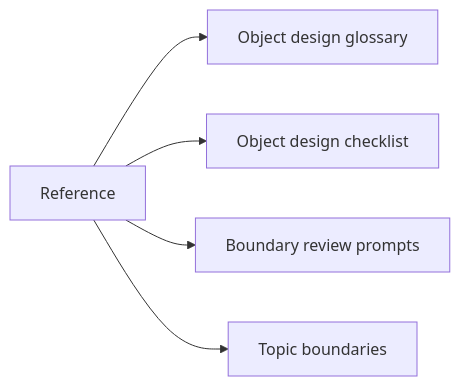
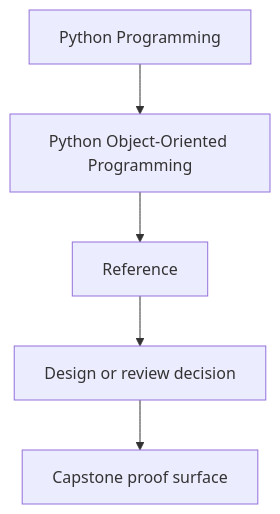
Before and after one commit to bijux/bijux-masterclass: the first of 2 diagrams in programs/python-programming/python-object-oriented-programming/course-book/reference/index.md, drawn with Mermaid. The commit also changed other lines of this file and 3 other files, not shown here.

Commit message:
docs(python-object-oriented-programming): reframe course-book entry diagrams

````diff
--- a/programs/python-programming/python-object-oriented-programming/course-book/reference/index.md
+++ b/programs/python-programming/python-object-oriented-programming/course-book/reference/index.md
@@ -7,13 +7,7 @@
 ```mermaid
-graph LR
-  reference["Reference"]
-  glossary["Object design glossary"]
-  design["Object design checklist"]
-  boundary["Boundary review prompts"]
-  topics["Topic boundaries"]
-
-  reference --> glossary
-  reference --> design
-  reference --> boundary
-  reference --> topics
+flowchart TD
+  family["Python Programming"] --> program["Python Object-Oriented Programming"]
+  program --> reference["Reference"]
+  reference --> review["Design or review decision"]
+  review --> capstone["Capstone proof surface"]
 ```
````
